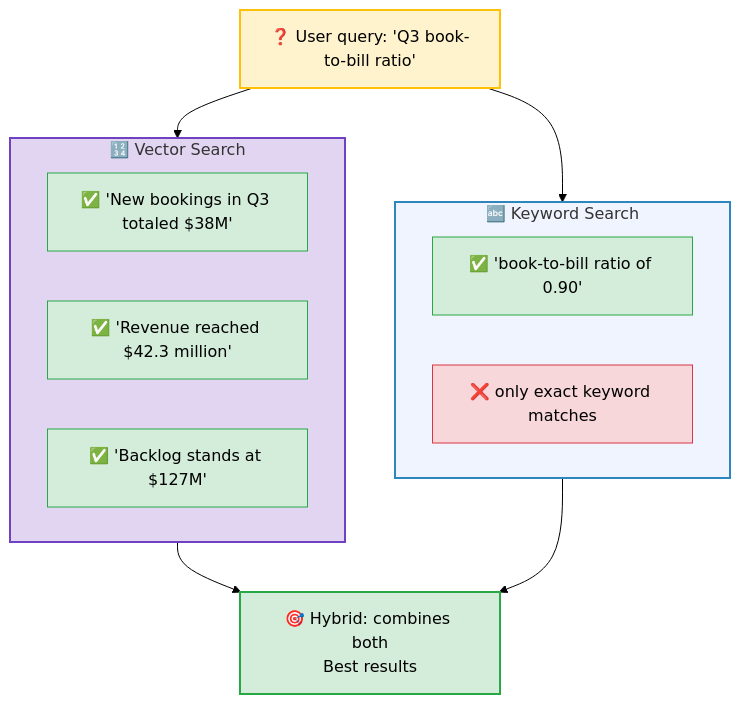
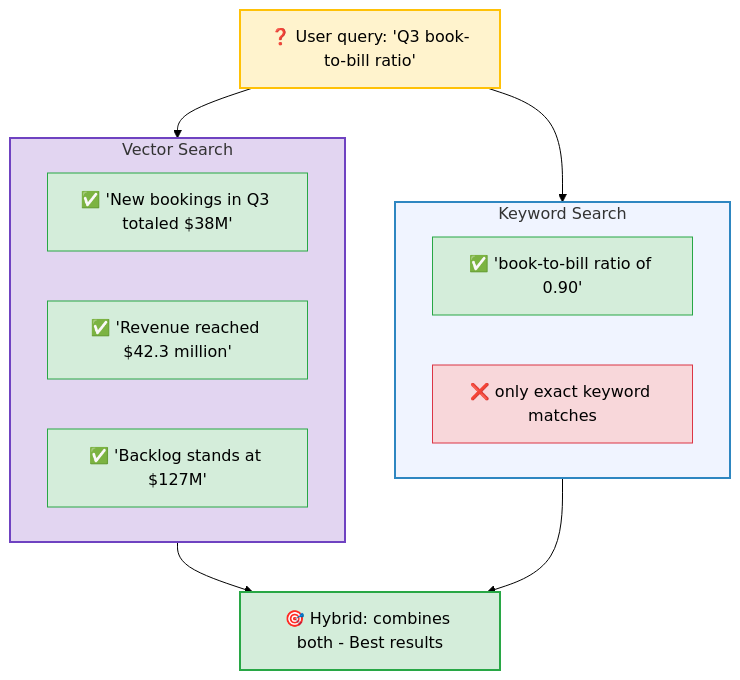
Before and after one commit to ithinktavo/GenAI-Engineering-Handbook: the sixth of 10 diagrams in docs/04-rag-deep-dive.md, drawn with Mermaid (forest theme). The commit also changed other lines of this file and 9 other files, not shown here.

First line of the commit message:
Fix Mermaid rendering: remove emoji from subgraph titles and unsupported syntax

````diff
--- a/docs/04-rag-deep-dive.md
+++ b/docs/04-rag-deep-dive.md
@@ -293,31 +293,31 @@
 ```mermaid
 graph TD
     Q["❓ User query: 'Q3 book-to-bill ratio'"]
 
     Q --> VS
     Q --> KS
 
-    subgraph VS["🔢 Vector Search"]
+    subgraph VS["Vector Search"]
         V1["✅ 'New bookings in Q3 totaled $38M'"]
         V2["✅ 'Revenue reached $42.3 million'"]
         V3["✅ 'Backlog stands at $127M'"]
     end
 
-    subgraph KS["🔤 Keyword Search"]
+    subgraph KS["Keyword Search"]
         K1["✅ 'book-to-bill ratio of 0.90'"]
         K2["❌ only exact keyword matches"]
     end
 
-    VS --> H["🎯 Hybrid: combines both\nBest results"]
+    VS --> H["🎯 Hybrid: combines both - Best results"]
     KS --> H
 
     style Q fill:#fff3cd,stroke:#ffc107,stroke-width:2px
     style VS fill:#e2d5f1,stroke:#6f42c1,stroke-width:2px
     style KS fill:#f0f4ff,stroke:#2E86C1,stroke-width:2px
     style H fill:#d4edda,stroke:#28a745,stroke-width:2px
     style V1 fill:#d4edda,stroke:#28a745
     style V2 fill:#d4edda,stroke:#28a745
     style V3 fill:#d4edda,stroke:#28a745
     style K1 fill:#d4edda,stroke:#28a745
     style K2 fill:#f8d7da,stroke:#dc3545
 ```
````
